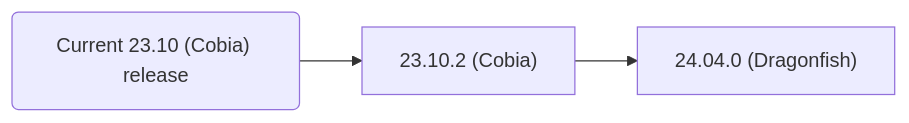
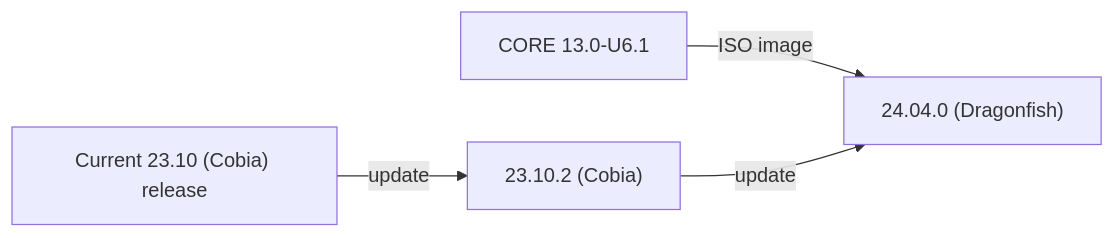
One commit to truenas/documentation changed the second of 2 diagrams in content/SCALE/GettingStarted/SCALEReleaseNotes.md. Above: the diagram before and after it, drawn with Mermaid. The commit also changed other lines of this file and 8 other files, not shown here.

```diff
--- a/content/SCALE/GettingStarted/SCALEReleaseNotes.md
+++ b/content/SCALE/GettingStarted/SCALEReleaseNotes.md
@@ -91,4 +84,5 @@
 {{< mermaid class="mermaid_sizing" >}}
 flowchart LR
-A("Current 23.10 (Cobia) release") --> B["23.10.2 (Cobia)"] --> C["24.04.0 (Dragonfish)"]
+A["CORE 13.0-U6.1"] -->|ISO image| D
+B["Current 23.10 (Cobia) release"] -->|update| C["23.10.2 (Cobia)"] -->|update| D["24.04.0 (Dragonfish)"]
 {{< /mermaid >}}
```
